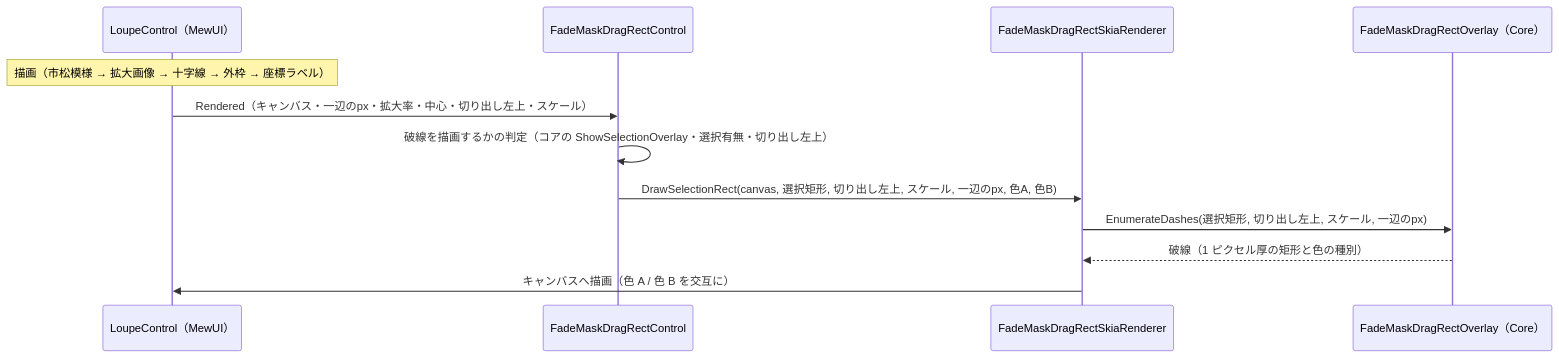
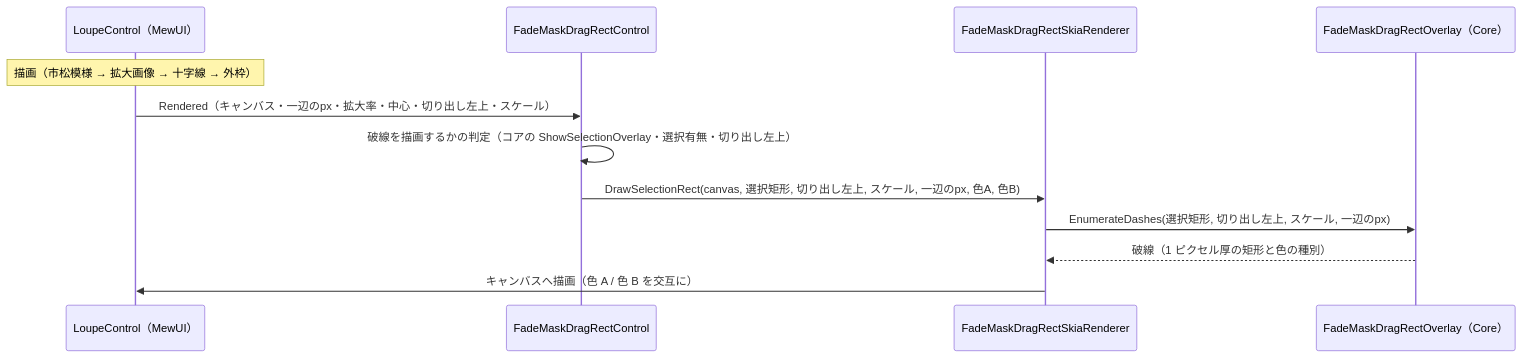
One commit to tomokuni/SaveEvidence changed the third of 4 diagrams in src/FadeMaskDragRectControl.MewUI/SPEC_System.md. Above: the diagram before and after it, drawn with Mermaid. The commit also changed other lines of this file and 201 other files, not shown here.

````diff
--- a/src/FadeMaskDragRectControl.MewUI/SPEC_System.md
+++ b/src/FadeMaskDragRectControl.MewUI/SPEC_System.md
@@ -195,15 +196,15 @@
 ```mermaid
 sequenceDiagram
     participant Loupe as LoupeControl（MewUI）
     participant Facade as FadeMaskDragRectControl
     participant Renderer as FadeMaskDragRectSkiaRenderer
     participant Core as FadeMaskDragRectOverlay（Core）
 
-    Note over Loupe: 描画（市松模様 → 拡大画像 → 十字線 → 外枠 → 座標ラベル）
+    Note over Loupe: 描画（市松模様 → 拡大画像 → 十字線 → 外枠）
     Loupe->>Facade: Rendered（キャンバス・一辺のpx・拡大率・中心・切り出し左上・スケール）
     Facade->>Facade: 破線を描画するかの判定（コアの ShowSelectionOverlay・選択有無・切り出し左上）
     Facade->>Renderer: DrawSelectionRect(canvas, 選択矩形, 切り出し左上, スケール, 一辺のpx, 色A, 色B)
     Renderer->>Core: EnumerateDashes(選択矩形, 切り出し左上, スケール, 一辺のpx)
     Core-->>Renderer: 破線（1 ピクセル厚の矩形と色の種別）
     Renderer->>Loupe: キャンバスへ描画（色 A / 色 B を交互に）
 ```
````
